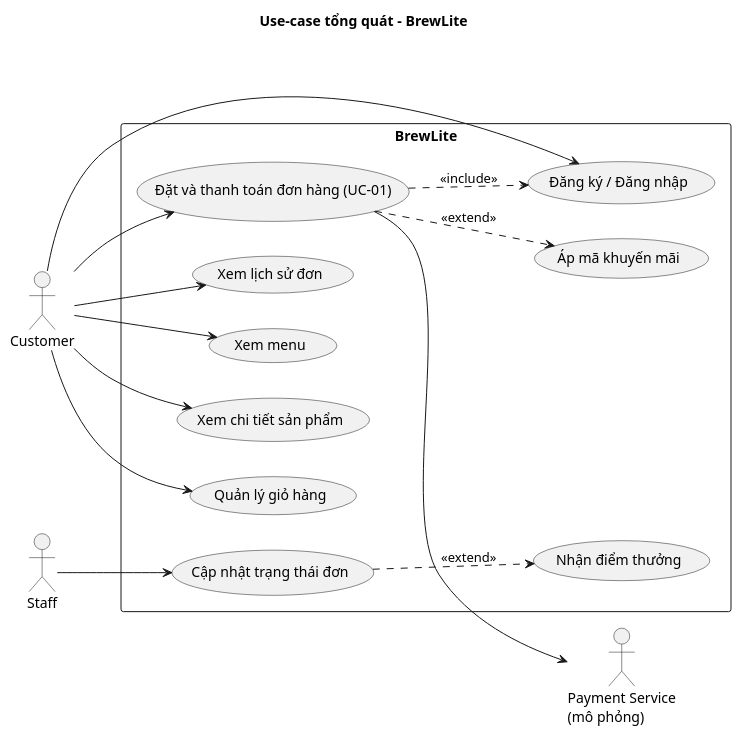
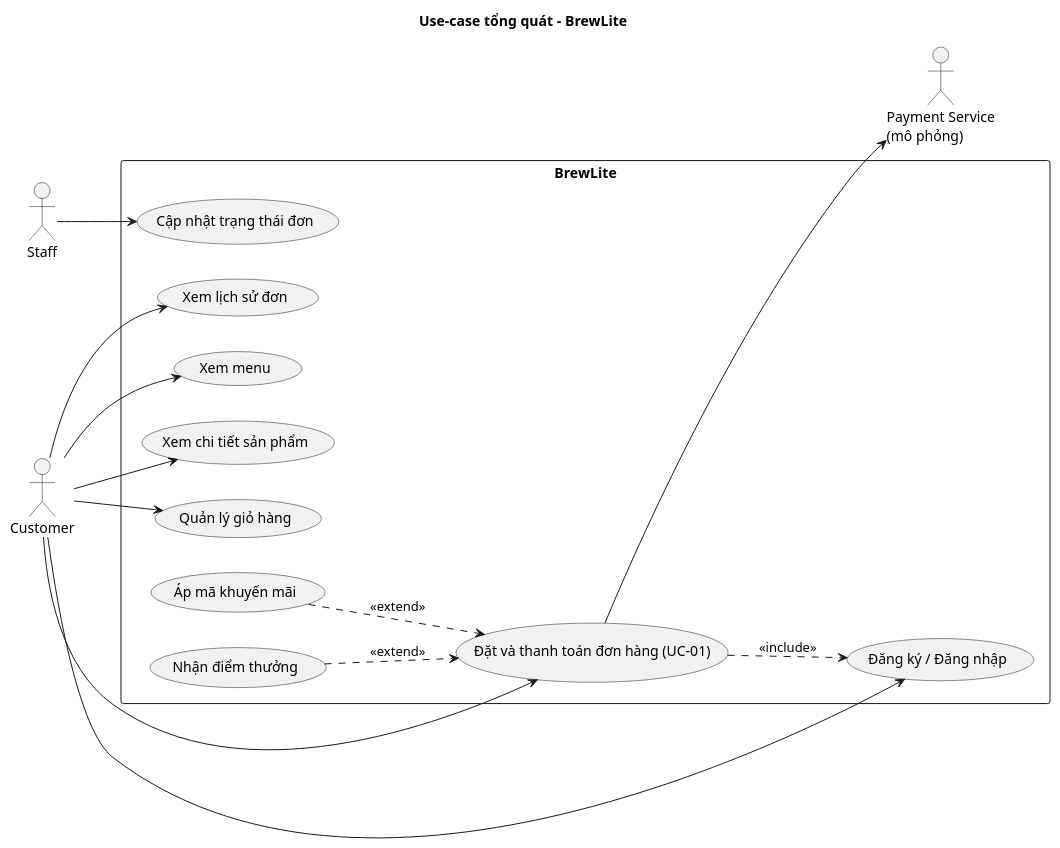
One commit to tthan-prog/BrewLite changed the diagram in docs/diagrams/usecase-overview.puml. Above: the diagram before and after it, drawn with PlantUML. The commit also changed 25 other files, not shown here.

```diff
--- a/docs/diagrams/usecase-overview.puml
+++ b/docs/diagrams/usecase-overview.puml
@@ -1,33 +1,33 @@
 @startuml usecase-overview
 title Use-case tổng quát – BrewLite
 left to right direction
 skinparam shadowing false
 
 actor Customer
 actor Staff
 actor "Payment Service\n(mô phỏng)" as PAY
 
 rectangle BrewLite {
   usecase "Xem menu" as UC_Menu
   usecase "Xem chi tiết sản phẩm" as UC_Detail
   usecase "Quản lý giỏ hàng" as UC_Cart
   usecase "Đăng ký / Đăng nhập" as UC_Auth
   usecase "Đặt và thanh toán đơn hàng (UC-01)" as UC_Checkout
   usecase "Xem lịch sử đơn" as UC_History
   usecase "Cập nhật trạng thái đơn" as UC_Status
   usecase "Áp mã khuyến mãi" as UC_Promo
   usecase "Nhận điểm thưởng" as UC_Loyalty
 }
 
 Customer --> UC_Menu
 Customer --> UC_Detail
 Customer --> UC_Cart
 Customer --> UC_Auth
 Customer --> UC_Checkout
 Customer --> UC_History
 Staff --> UC_Status
 UC_Checkout --> PAY
 UC_Checkout ..> UC_Auth : <<include>>
-UC_Checkout ..> UC_Promo : <<extend>>
-UC_Status ..> UC_Loyalty : <<extend>>
+UC_Promo ..> UC_Checkout : <<extend>>
+UC_Loyalty ..> UC_Checkout : <<extend>>
 @enduml
```
